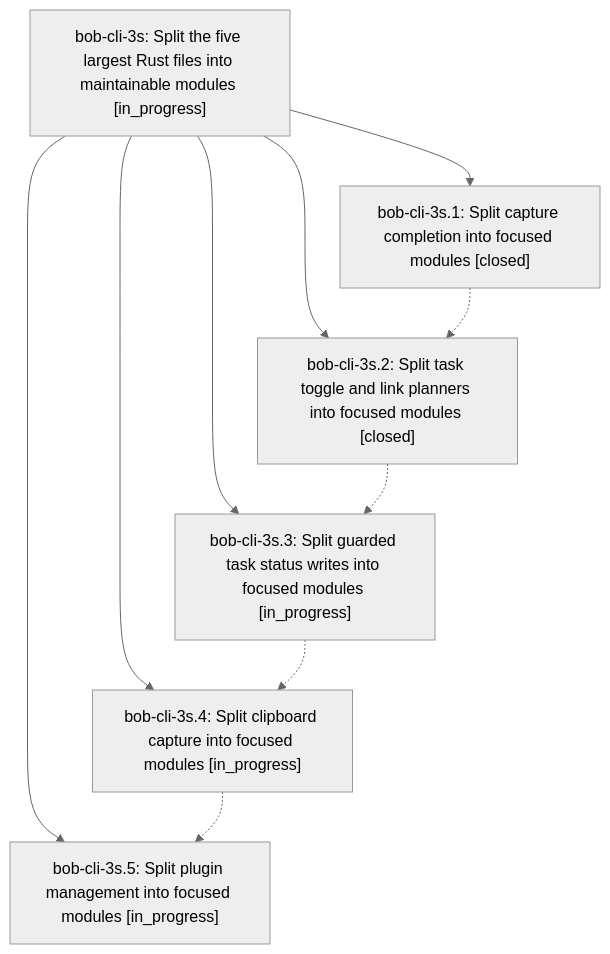
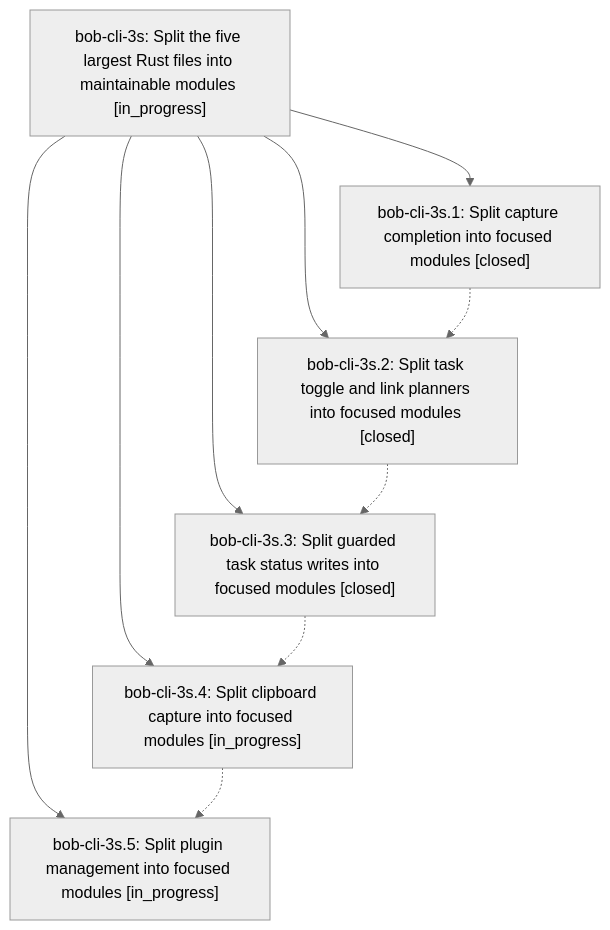
The diagram in pages/bob-cli-3s/README.md (bobs-org/bob-cli--beads), drawn with Mermaid (neutral theme) before and after one commit. The commit also changed other lines of this file and 3 other files, not shown here.

First line of the commit message:
chore(beads): sync bead state and pages for bob-cli-3s

````diff
--- a/pages/bob-cli-3s/README.md
+++ b/pages/bob-cli-3s/README.md
@@ -26,18 +26,18 @@
 ```mermaid
 flowchart TD
     n0["bob-cli-3s: Split the five largest Rust files into maintainable modules [in_progress]"]
     n1["bob-cli-3s.1: Split capture completion into focused modules [closed]"]
     n2["bob-cli-3s.2: Split task toggle and link planners into focused modules [closed]"]
-    n3["bob-cli-3s.3: Split guarded task status writes into focused modules [in_progress]"]
+    n3["bob-cli-3s.3: Split guarded task status writes into focused modules [closed]"]
     n4["bob-cli-3s.4: Split clipboard capture into focused modules [in_progress]"]
     n5["bob-cli-3s.5: Split plugin management into focused modules [in_progress]"]
     n0 --> n1
     n0 --> n2
     n0 --> n3
     n0 --> n4
     n0 --> n5
     n1 -.-> n2
     n2 -.-> n3
     n3 -.-> n4
     n4 -.-> n5
 ```
````
